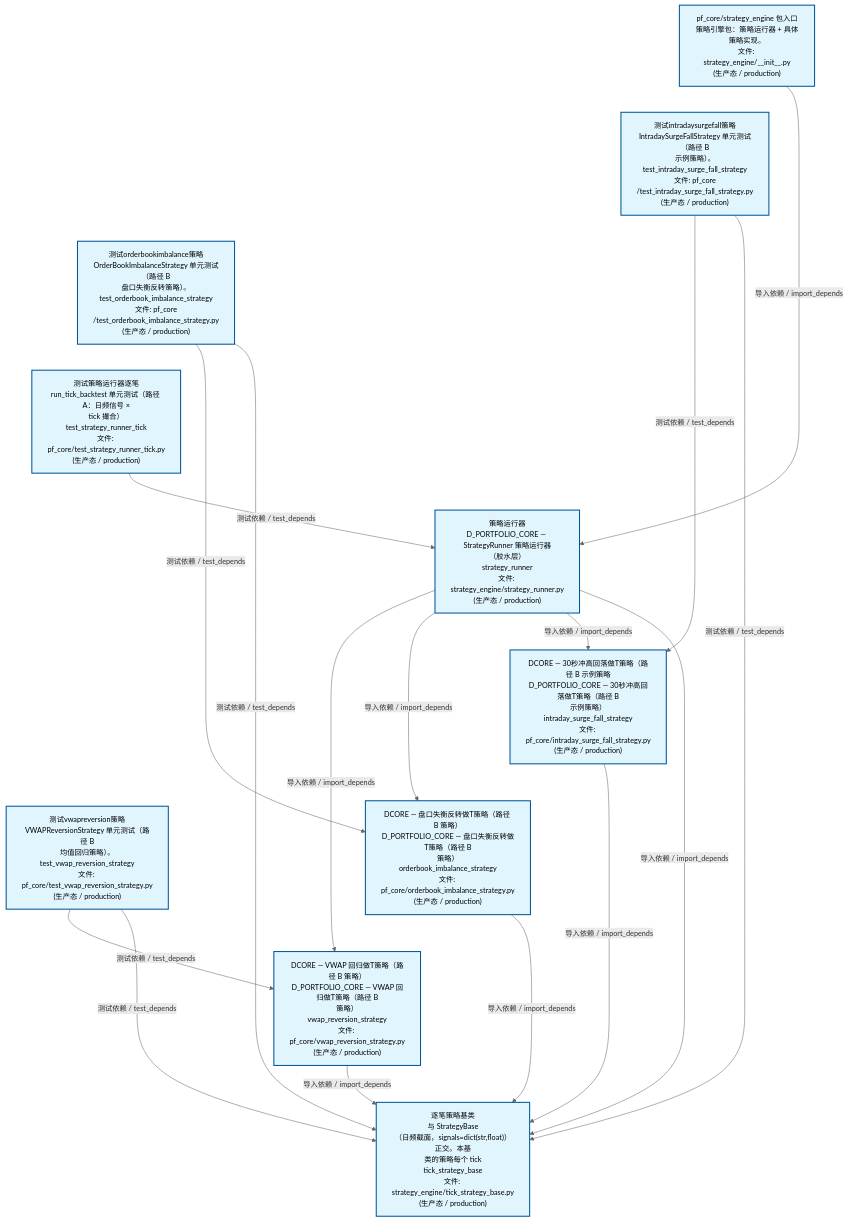
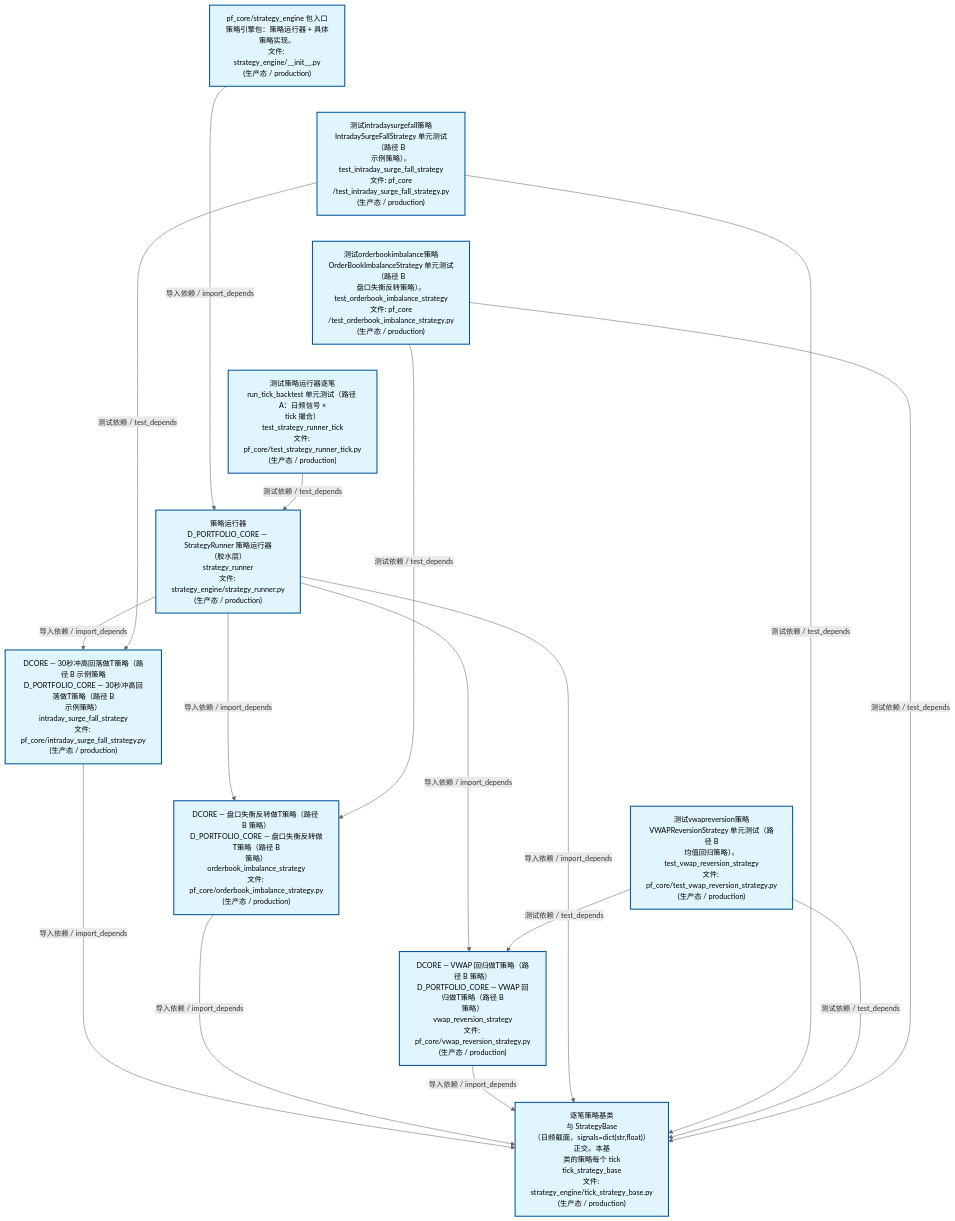
Before and after one commit to xuanFelixVan/ZephyrAlpha: the second of 4 diagrams in docs/02_enterprise_architecture/02_domain_architecture_docs/63_d_pf_core.md, drawn with Mermaid. The commit also changed other lines of this file and 40 other files, not shown here.

````diff
--- a/docs/02_enterprise_architecture/02_domain_architecture_docs/63_d_pf_core.md
+++ b/docs/02_enterprise_architecture/02_domain_architecture_docs/63_d_pf_core.md
@@ -135,40 +135,40 @@
 ```mermaid
 %%{init: {'theme': 'base', 'themeVariables': {'primaryColor': '#eaeaea', 'primaryTextColor': '#333333', 'primaryBorderColor': '#666666', 'lineColor': '#666666', 'secondaryColor': '#eaeaea', 'tertiaryColor': '#eaeaea', 'fontSize': '14px'}}}%%
 flowchart TD
     src_zephyr_pf_core_strategy_engine_init_py["pf_core/strategy_engine 包入口<br/>策略引擎包：策略运行器 + 具体策略实现。<br/>文件: strategy_engine/__init__.py<br/>(生产态 / production)"]
     tests_pf_core_test_intraday_surge_fall_strategy_py["测试intradaysurgefall策略<br/>IntradaySurgeFallStrategy 单元测试（路径 B<br/>示例策略）。<br/>test_intraday_surge_fall_strategy<br/>文件: pf_core<br/>/test_intraday_surge_fall_strategy.py<br/>(生产态 / production)"]
     tests_pf_core_test_orderbook_imbalance_strategy_py["测试orderbookimbalance策略<br/>OrderBookImbalanceStrategy 单元测试（路径 B<br/>盘口失衡反转策略）。<br/>test_orderbook_imbalance_strategy<br/>文件: pf_core<br/>/test_orderbook_imbalance_strategy.py<br/>(生产态 / production)"]
     tests_pf_core_test_strategy_runner_tick_py["测试策略运行器逐笔<br/>run_tick_backtest 单元测试（路径 A：日频信号 ×<br/>tick 撮合）<br/>test_strategy_runner_tick<br/>文件: pf_core/test_strategy_runner_tick.py<br/>(生产态 / production)"]
     tests_pf_core_test_vwap_reversion_strategy_py["测试vwapreversion策略<br/>VWAPReversionStrategy 单元测试（路径 B<br/>均值回归策略）。<br/>test_vwap_reversion_strategy<br/>文件: pf_core/test_vwap_reversion_strategy.py<br/>(生产态 / production)"]
     src_zephyr_pf_core_strategy_engine_init_py ~~~ tests_pf_core_test_intraday_surge_fall_strategy_py
     tests_pf_core_test_intraday_surge_fall_strategy_py ~~~ tests_pf_core_test_orderbook_imbalance_strategy_py
     tests_pf_core_test_orderbook_imbalance_strategy_py ~~~ tests_pf_core_test_strategy_runner_tick_py
     tests_pf_core_test_strategy_runner_tick_py ~~~ tests_pf_core_test_vwap_reversion_strategy_py
     src_zephyr_pf_core_strategy_engine_strategy_runner_py["策略运行器<br/>D_PORTFOLIO_CORE — StrategyRunner 策略运行器<br/>（胶水层）<br/>strategy_runner<br/>文件: strategy_engine/strategy_runner.py<br/>(生产态 / production)"]
     src_zephyr_pf_core_intraday_surge_fall_strategy_py["DCORE — 30秒冲高回落做T策略（路径 B 示例策略<br/>D_PORTFOLIO_CORE — 30秒冲高回落做T策略（路径 B<br/>示例策略）<br/>intraday_surge_fall_strategy<br/>文件: pf_core/intraday_surge_fall_strategy.py<br/>(生产态 / production)"]
     src_zephyr_pf_core_orderbook_imbalance_strategy_py["DCORE — 盘口失衡反转做T策略（路径 B 策略）<br/>D_PORTFOLIO_CORE — 盘口失衡反转做T策略（路径 B<br/>策略）<br/>orderbook_imbalance_strategy<br/>文件: pf_core/orderbook_imbalance_strategy.py<br/>(生产态 / production)"]
     src_zephyr_pf_core_vwap_reversion_strategy_py["DCORE — VWAP 回归做T策略（路径 B 策略）<br/>D_PORTFOLIO_CORE — VWAP 回归做T策略（路径 B<br/>策略）<br/>vwap_reversion_strategy<br/>文件: pf_core/vwap_reversion_strategy.py<br/>(生产态 / production)"]
     src_zephyr_pf_core_intraday_surge_fall_strategy_py ~~~ src_zephyr_pf_core_orderbook_imbalance_strategy_py
     src_zephyr_pf_core_orderbook_imbalance_strategy_py ~~~ src_zephyr_pf_core_vwap_reversion_strategy_py
     src_zephyr_pf_core_strategy_engine_tick_strategy_base_py["逐笔策略基类<br/>与 StrategyBase<br/>（日频截面，signals=dict(str,float)）正交。本基<br/>类的策略每个 tick<br/>tick_strategy_base<br/>文件: strategy_engine/tick_strategy_base.py<br/>(生产态 / production)"]
+    src_zephyr_pf_core_intraday_surge_fall_strategy_py -->|导入依赖 / import_depends| src_zephyr_pf_core_strategy_engine_tick_strategy_base_py
+    src_zephyr_pf_core_orderbook_imbalance_strategy_py -->|导入依赖 / import_depends| src_zephyr_pf_core_strategy_engine_tick_strategy_base_py
     src_zephyr_pf_core_vwap_reversion_strategy_py -->|导入依赖 / import_depends| src_zephyr_pf_core_strategy_engine_tick_strategy_base_py
-    src_zephyr_pf_core_orderbook_imbalance_strategy_py -->|导入依赖 / import_depends| src_zephyr_pf_core_strategy_engine_tick_strategy_base_py
-    src_zephyr_pf_core_intraday_surge_fall_strategy_py -->|导入依赖 / import_depends| src_zephyr_pf_core_strategy_engine_tick_strategy_base_py
     src_zephyr_pf_core_strategy_engine_init_py -->|导入依赖 / import_depends| src_zephyr_pf_core_strategy_engine_strategy_runner_py
+    src_zephyr_pf_core_strategy_engine_strategy_runner_py -->|导入依赖 / import_depends| src_zephyr_pf_core_intraday_surge_fall_strategy_py
+    src_zephyr_pf_core_strategy_engine_strategy_runner_py -->|导入依赖 / import_depends| src_zephyr_pf_core_orderbook_imbalance_strategy_py
     src_zephyr_pf_core_strategy_engine_strategy_runner_py -->|导入依赖 / import_depends| src_zephyr_pf_core_vwap_reversion_strategy_py
-    src_zephyr_pf_core_strategy_engine_strategy_runner_py -->|导入依赖 / import_depends| src_zephyr_pf_core_orderbook_imbalance_strategy_py
-    src_zephyr_pf_core_strategy_engine_strategy_runner_py -->|导入依赖 / import_depends| src_zephyr_pf_core_intraday_surge_fall_strategy_py
     src_zephyr_pf_core_strategy_engine_strategy_runner_py -->|导入依赖 / import_depends| src_zephyr_pf_core_strategy_engine_tick_strategy_base_py
+    tests_pf_core_test_strategy_runner_tick_py -->|测试依赖 / test_depends| src_zephyr_pf_core_strategy_engine_strategy_runner_py
     tests_pf_core_test_intraday_surge_fall_strategy_py -->|测试依赖 / test_depends| src_zephyr_pf_core_intraday_surge_fall_strategy_py
     tests_pf_core_test_intraday_surge_fall_strategy_py -->|测试依赖 / test_depends| src_zephyr_pf_core_strategy_engine_tick_strategy_base_py
+    tests_pf_core_test_vwap_reversion_strategy_py -->|测试依赖 / test_depends| src_zephyr_pf_core_vwap_reversion_strategy_py
+    tests_pf_core_test_vwap_reversion_strategy_py -->|测试依赖 / test_depends| src_zephyr_pf_core_strategy_engine_tick_strategy_base_py
     tests_pf_core_test_orderbook_imbalance_strategy_py -->|测试依赖 / test_depends| src_zephyr_pf_core_orderbook_imbalance_strategy_py
     tests_pf_core_test_orderbook_imbalance_strategy_py -->|测试依赖 / test_depends| src_zephyr_pf_core_strategy_engine_tick_strategy_base_py
-    tests_pf_core_test_strategy_runner_tick_py -->|测试依赖 / test_depends| src_zephyr_pf_core_strategy_engine_strategy_runner_py
-    tests_pf_core_test_vwap_reversion_strategy_py -->|测试依赖 / test_depends| src_zephyr_pf_core_vwap_reversion_strategy_py
-    tests_pf_core_test_vwap_reversion_strategy_py -->|测试依赖 / test_depends| src_zephyr_pf_core_strategy_engine_tick_strategy_base_py
     classDef production fill:#e1f5fe,stroke:#01579b,stroke-width:2px,color:#000
     classDef design fill:#fff3e0,stroke:#e65100,stroke-width:2px,color:#000,stroke-dasharray: 5 5
     classDef external_prod fill:#e8f4fd,stroke:#0277bd,stroke-width:1px,color:#000
     classDef external_design fill:#fff8e7,stroke:#ef6c00,stroke-width:1px,color:#000,stroke-dasharray: 5 5
     class src_zephyr_pf_core_intraday_surge_fall_strategy_py,src_zephyr_pf_core_orderbook_imbalance_strategy_py,src_zephyr_pf_core_strategy_engine_init_py,src_zephyr_pf_core_strategy_engine_strategy_runner_py,src_zephyr_pf_core_strategy_engine_tick_strategy_base_py,src_zephyr_pf_core_vwap_reversion_strategy_py,tests_pf_core_test_intraday_surge_fall_strategy_py,tests_pf_core_test_orderbook_imbalance_strategy_py,tests_pf_core_test_strategy_runner_tick_py,tests_pf_core_test_vwap_reversion_strategy_py production
 ```
````
